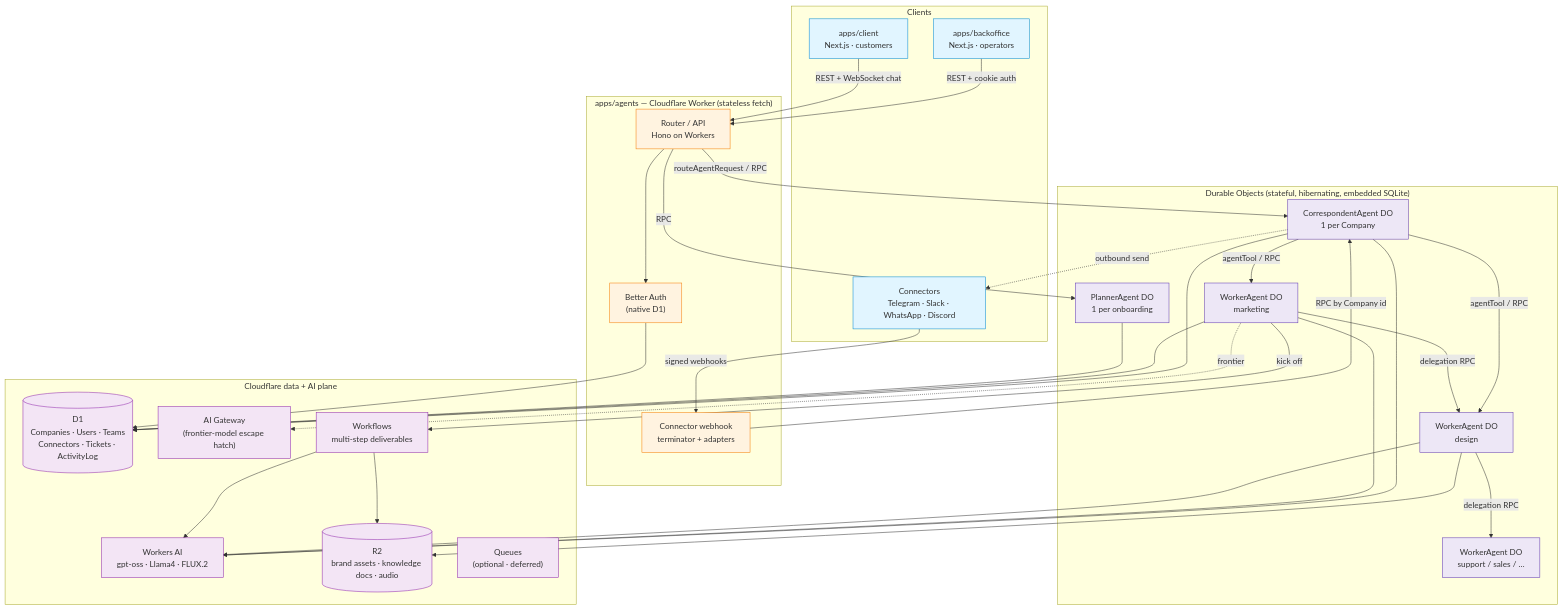
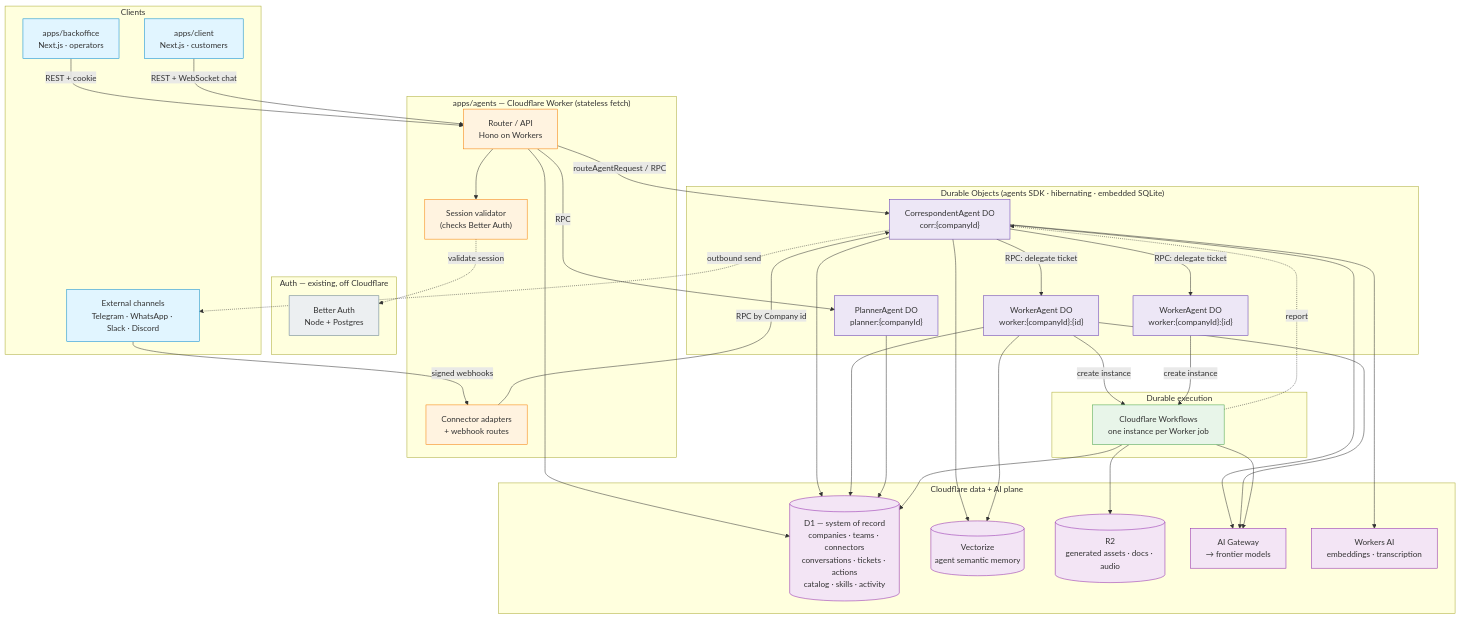
One commit to pedroapfilho/qolmeia-monorepo changed the first of 3 diagrams in docs/superpowers/specs/2026-05-22-cloudflare-agent-platform-design.md. Above: the diagram before and after it, drawn with Mermaid. The commit also changed other lines of this file, not shown here.

First line of the commit message:
docs(spec): rewrite Cloudflare agent platform spec to grilled decisions

````diff
--- a/docs/superpowers/specs/2026-05-22-cloudflare-agent-platform-design.md
+++ b/docs/superpowers/specs/2026-05-22-cloudflare-agent-platform-design.md
@@ -59,68 +70,80 @@
 ```mermaid
 flowchart TB
   subgraph Clients["Clients"]
     BO["apps/backoffice<br/>Next.js · operators"]
     CL["apps/client<br/>Next.js · customers"]
-    CONN["Connectors<br/>Telegram · Slack · WhatsApp · Discord"]
+    CONN["External channels<br/>Telegram · WhatsApp · Slack · Discord"]
+  end
+
+  subgraph AuthSvc["Auth — existing, off Cloudflare"]
+    BA["Better Auth<br/>Node + Postgres"]
   end
 
   subgraph Edge["apps/agents — Cloudflare Worker (stateless fetch)"]
     ROUTER["Router / API<br/>Hono on Workers"]
-    AUTH["Better Auth<br/>(native D1)"]
-    WEBHOOK["Connector webhook<br/>terminator + adapters"]
+    SESSION["Session validator<br/>(checks Better Auth)"]
+    WEBHOOK["Connector adapters<br/>+ webhook routes"]
   end
 
-  subgraph DOs["Durable Objects (stateful, hibernating, embedded SQLite)"]
-    CORR["CorrespondentAgent DO<br/>1 per Company"]
-    PLAN["PlannerAgent DO<br/>1 per onboarding"]
-    W1["WorkerAgent DO<br/>marketing"]
-    W2["WorkerAgent DO<br/>design"]
-    W3["WorkerAgent DO<br/>support / sales / …"]
+  subgraph DOs["Durable Objects (agents SDK · hibernating · embedded SQLite)"]
+    PLAN["PlannerAgent DO<br/>planner:{companyId}"]
+    CORR["CorrespondentAgent DO<br/>corr:{companyId}"]
+    W1["WorkerAgent DO<br/>worker:{companyId}:{id}"]
+    W2["WorkerAgent DO<br/>worker:{companyId}:{id}"]
+  end
+
+  subgraph Exec["Durable execution"]
+    WF["Cloudflare Workflows<br/>one instance per Worker job"]
   end
 
   subgraph Data["Cloudflare data + AI plane"]
-    D1[("D1<br/>Companies · Users · Teams<br/>Connectors · Tickets · ActivityLog")]
-    AI["Workers AI<br/>gpt-oss · Llama4 · FLUX.2"]
-    GW["AI Gateway<br/>(frontier-model escape hatch)"]
-    R2[("R2<br/>brand assets · knowledge docs · audio")]
-    WF["Workflows<br/>multi-step deliverables"]
-    Q["Queues<br/>(optional · deferred)"]
+    D1[("D1 — system of record<br/>companies · teams · connectors<br/>conversations · tickets · actions<br/>catalog · skills · activity")]
+    VEC[("Vectorize<br/>agent semantic memory")]
+    R2[("R2<br/>generated assets · docs · audio")]
+    GW["AI Gateway<br/>→ frontier models"]
+    AI["Workers AI<br/>embeddings · transcription"]
   end
 
-  BO -->|REST + cookie auth| ROUTER
+  BO -->|REST + cookie| ROUTER
   CL -->|REST + WebSocket chat| ROUTER
   CONN -->|signed webhooks| WEBHOOK
 
-  ROUTER --> AUTH
-  AUTH --> D1
+  ROUTER --> SESSION
+  SESSION -.->|validate session| BA
   ROUTER -->|routeAgentRequest / RPC| CORR
   ROUTER -->|RPC| PLAN
   WEBHOOK -->|RPC by Company id| CORR
 
-  CORR -->|agentTool / RPC| W1
-  CORR -->|agentTool / RPC| W2
-  W1 -->|delegation RPC| W2
-  W2 -->|delegation RPC| W3
+  CORR -->|RPC: delegate ticket| W1
+  CORR -->|RPC: delegate ticket| W2
+  W1 -->|create instance| WF
+  W2 -->|create instance| WF
 
+  ROUTER --> D1
   CORR --> D1
   W1 --> D1
   PLAN --> D1
+  WF --> D1
+  CORR --> VEC
+  W1 --> VEC
+  CORR --> GW
+  W1 --> GW
+  WF --> GW
   CORR --> AI
-  W1 --> AI
-  W2 --> AI
-  W1 -.->|frontier| GW
-  W2 --> R2
-  W1 -->|kick off| WF
-  WF --> AI
   WF --> R2
+  WF -.->|report| CORR
   CORR -.->|outbound send| CONN
 
   classDef cli fill:#e1f5ff,stroke:#0288d1
+  classDef ext fill:#eceff1,stroke:#607d8b
   classDef edge fill:#fff3e0,stroke:#f57c00
   classDef do fill:#ede7f6,stroke:#5e35b1
+  classDef exec fill:#e8f5e9,stroke:#43a047
   classDef data fill:#f3e5f5,stroke:#8e24aa
   class BO,CL,CONN cli
-  class ROUTER,AUTH,WEBHOOK edge
-  class CORR,PLAN,W1,W2,W3 do
-  class D1,AI,GW,R2,WF,Q data
+  class BA ext
+  class ROUTER,SESSION,WEBHOOK edge
+  class PLAN,CORR,W1,W2 do
+  class WF exec
+  class D1,VEC,R2,GW,AI data
 ```
````
